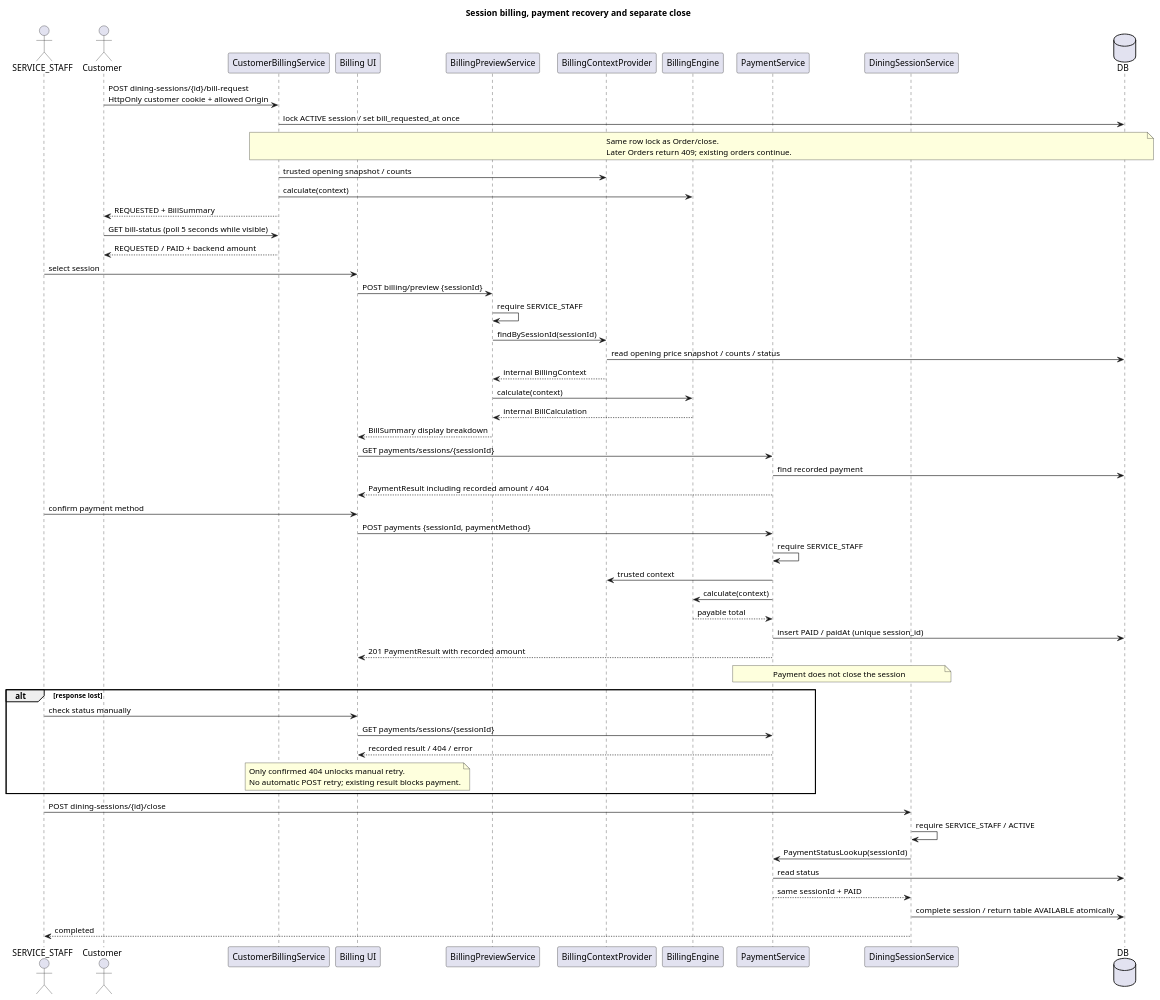
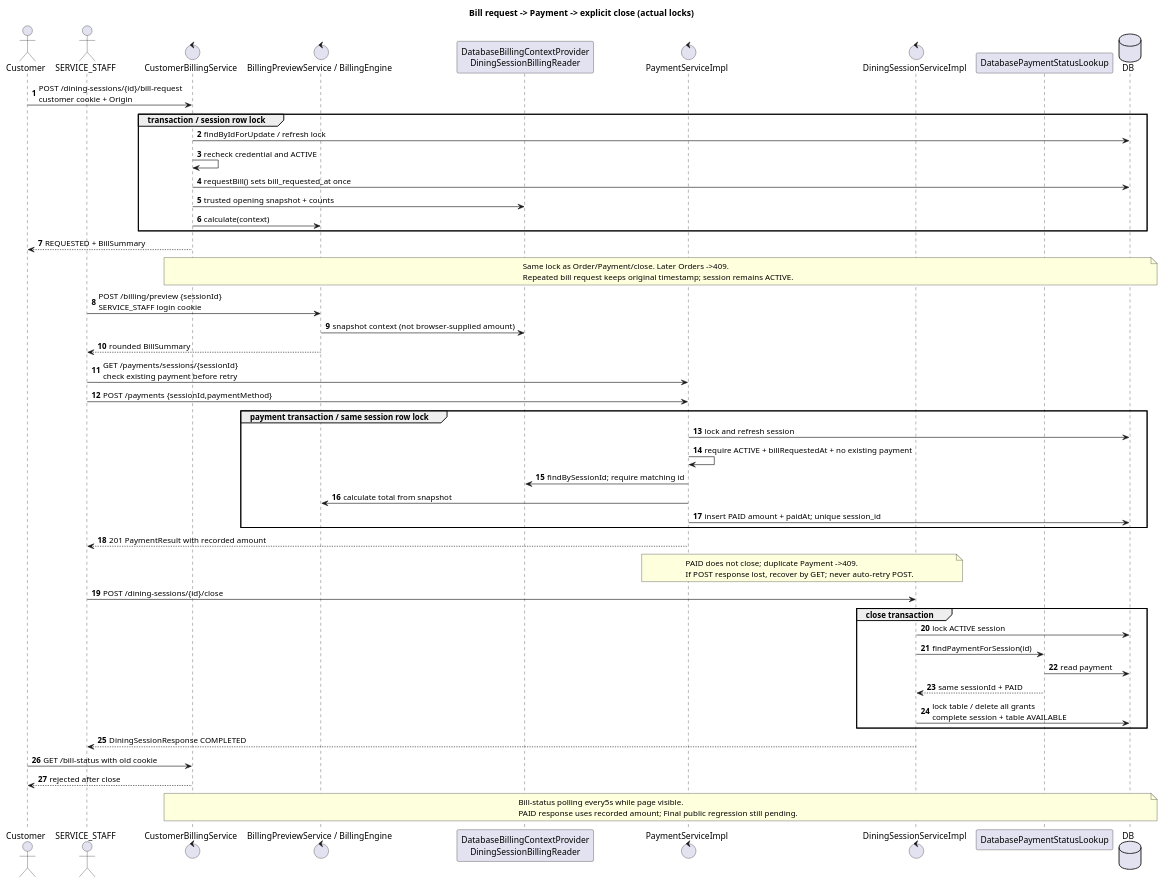
Before and after one commit to PavaritPramual/buffet-restaurant-management-system: the diagram in doc/diagrams/sequence-billing-payment.puml, drawn with PlantUML. The commit also changed 22 other files, not shown here.

Commit message:
docs: align component and session diagrams with runtime flow

```diff
--- a/doc/diagrams/sequence-billing-payment.puml
+++ b/doc/diagrams/sequence-billing-payment.puml
@@ -1,58 +1,51 @@
 @startuml
-title Session billing, payment recovery and separate close
-actor "SERVICE_STAFF" as Staff
+skinparam shadowing false
+skinparam defaultFontName Tahoma
+title Bill request -> Payment -> explicit close (actual locks)
+autonumber
 actor Customer
-participant "CustomerBillingService" as CustomerBilling
-participant "Billing UI" as UI
-participant "BillingPreviewService" as Billing
-participant "BillingContextProvider" as Context
-participant "BillingEngine" as Engine
-participant "PaymentService" as Payment
-participant "DiningSessionService" as Session
+actor SERVICE_STAFF as Staff
+control CustomerBillingService as CB
+control "BillingPreviewService / BillingEngine" as Bill
+participant "DatabaseBillingContextProvider\nDiningSessionBillingReader" as Read
+control PaymentServiceImpl as Pay
+control DiningSessionServiceImpl as Session
+participant DatabasePaymentStatusLookup as Lookup
 database DB
-Customer -> CustomerBilling : POST dining-sessions/{id}/bill-request\nHttpOnly customer cookie + allowed Origin
-CustomerBilling -> DB : lock ACTIVE session / set bill_requested_at once
-note over CustomerBilling,DB : Same row lock as Order/close.\nLater Orders return 409; existing orders continue.
-CustomerBilling -> Context : trusted opening snapshot / counts
-CustomerBilling -> Engine : calculate(context)
-CustomerBilling --> Customer : REQUESTED + BillSummary
-Customer -> CustomerBilling : GET bill-status (poll 5 seconds while visible)
-CustomerBilling --> Customer : REQUESTED / PAID + backend amount
-Staff -> UI : select session
-UI -> Billing : POST billing/preview {sessionId}
-Billing -> Billing : require SERVICE_STAFF
-Billing -> Context : findBySessionId(sessionId)
-Context -> DB : read opening price snapshot / counts / status
-Context --> Billing : internal BillingContext
-Billing -> Engine : calculate(context)
-Engine --> Billing : internal BillCalculation
-Billing --> UI : BillSummary display breakdown
-UI -> Payment : GET payments/sessions/{sessionId}
-Payment -> DB : find recorded payment
-Payment --> UI : PaymentResult including recorded amount / 404
-Staff -> UI : confirm payment method
-UI -> Payment : POST payments {sessionId, paymentMethod}
-Payment -> Payment : require SERVICE_STAFF
-Payment -> Context : trusted context
-Payment -> Engine : calculate(context)
-Engine --> Payment : payable total
-Payment -> DB : insert PAID / paidAt (unique session_id)
-Payment --> UI : 201 PaymentResult with recorded amount
-note over Payment,Session : Payment does not close the session
-alt response lost
- Staff -> UI : check status manually
- UI -> Payment : GET payments/sessions/{sessionId}
- Payment --> UI : recorded result / 404 / error
- note over UI
-  Only confirmed 404 unlocks manual retry.
-  No automatic POST retry; existing result blocks payment.
- end note
+Customer -> CB : POST /dining-sessions/{id}/bill-request\ncustomer cookie + Origin
+group transaction / session row lock
+ CB -> DB : findByIdForUpdate / refresh lock
+ CB -> CB : recheck credential and ACTIVE
+ CB -> DB : requestBill() sets bill_requested_at once
+ CB -> Read : trusted opening snapshot + counts
+ CB -> Bill : calculate(context)
 end
-Staff -> Session : POST dining-sessions/{id}/close
-Session -> Session : require SERVICE_STAFF / ACTIVE
-Session -> Payment : PaymentStatusLookup(sessionId)
-Payment -> DB : read status
-Payment --> Session : same sessionId + PAID
-Session -> DB : complete session / return table AVAILABLE atomically
-Session --> Staff : completed
+CB --> Customer : REQUESTED + BillSummary
+note over CB,DB : Same lock as Order/Payment/close. Later Orders ->409.\nRepeated bill request keeps original timestamp; session remains ACTIVE.
+Staff -> Bill : POST /billing/preview {sessionId}\nSERVICE_STAFF login cookie
+Bill -> Read : snapshot context (not browser-supplied amount)
+Bill --> Staff : rounded BillSummary
+Staff -> Pay : GET /payments/sessions/{sessionId}\ncheck existing payment before retry
+Staff -> Pay : POST /payments {sessionId,paymentMethod}
+group payment transaction / same session row lock
+ Pay -> DB : lock and refresh session
+ Pay -> Pay : require ACTIVE + billRequestedAt + no existing payment
+ Pay -> Read : findBySessionId; require matching id
+ Pay -> Bill : calculate total from snapshot
+ Pay -> DB : insert PAID amount + paidAt; unique session_id
+end
+Pay --> Staff : 201 PaymentResult with recorded amount
+note over Pay,Session : PAID does not close; duplicate Payment ->409.\nIf POST response lost, recover by GET; never auto-retry POST.
+Staff -> Session : POST /dining-sessions/{id}/close
+group close transaction
+ Session -> DB : lock ACTIVE session
+ Session -> Lookup : findPaymentForSession(id)
+ Lookup -> DB : read payment
+ Lookup --> Session : same sessionId + PAID
+ Session -> DB : lock table / delete all grants\ncomplete session + table AVAILABLE
+end
+Session --> Staff : DiningSessionResponse COMPLETED
+Customer -> CB : GET /bill-status with old cookie
+CB --> Customer : rejected after close
+note over CB,DB : Bill-status polling every5s while page visible.\nPAID response uses recorded amount; Final public regression still pending.
 @enduml
```
